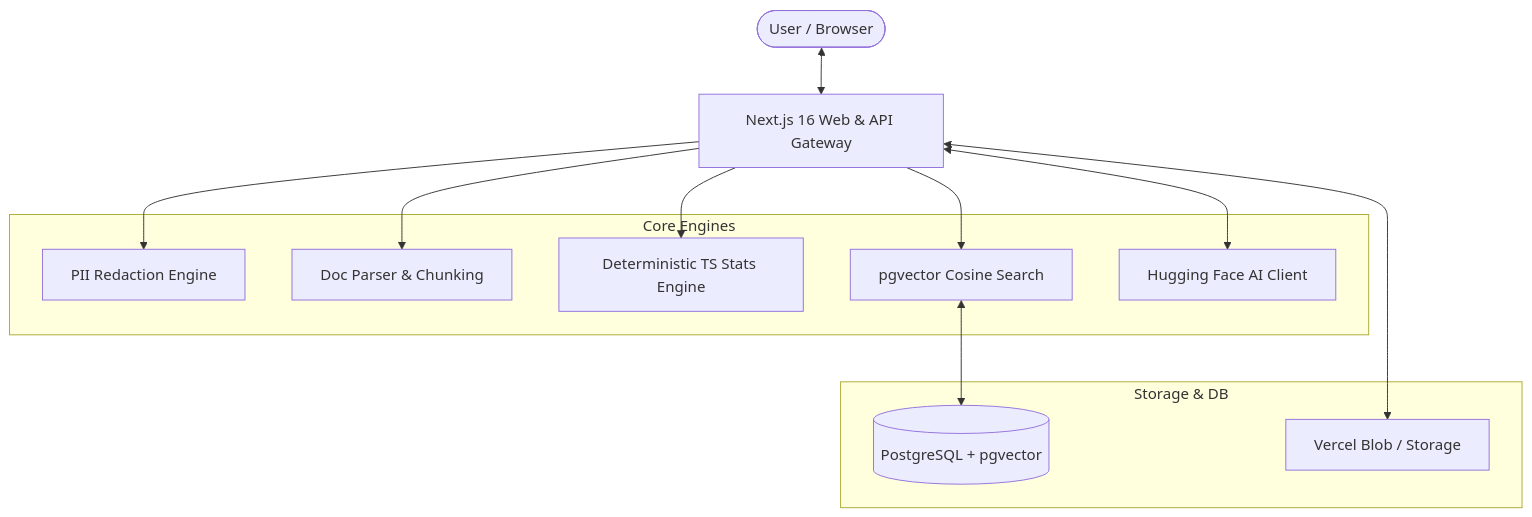
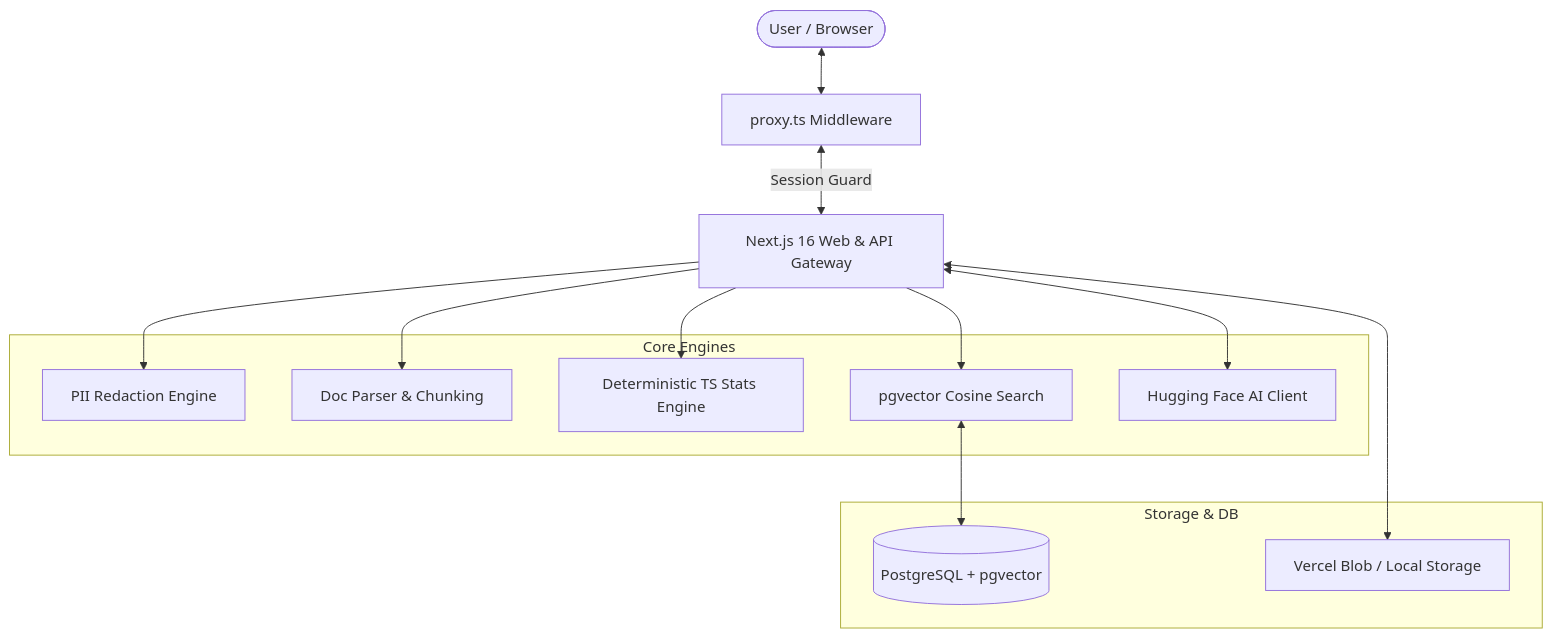
One commit to Fearless09/healthinsight changed the first of 2 diagrams in README.md. Above: the diagram before and after it, drawn with Mermaid. The commit also changed other lines of this file and 58 other files, not shown here.

````diff
--- a/README.md
+++ b/README.md
@@ -37,25 +43,26 @@
 ```mermaid
 flowchart TD
-    User([User / Browser]) <--> NextApp[Next.js 16 Web & API Gateway]
+    User([User / Browser]) <--> Proxy[proxy.ts Middleware]
+    Proxy <-->|Session Guard| NextApp[Next.js 16 Web & API Gateway]
     
     subgraph Storage & DB
         Postgres[(PostgreSQL + pgvector)]
-        BlobStorage[Vercel Blob / Storage]
+        BlobStorage[Vercel Blob / Local Storage]
     end
     
     subgraph Core Engines
         PiiScrubber[PII Redaction Engine]
         DocParser[Doc Parser & Chunking]
         StatsEngine[Deterministic TS Stats Engine]
         VectorStore[pgvector Cosine Search]
         HfProvider[Hugging Face AI Client]
     end
     
     NextApp --> PiiScrubber
     NextApp --> DocParser
     NextApp --> StatsEngine
     NextApp --> VectorStore
     VectorStore <--> Postgres
     NextApp <--> BlobStorage
     NextApp <--> HfProvider
 ```
````
